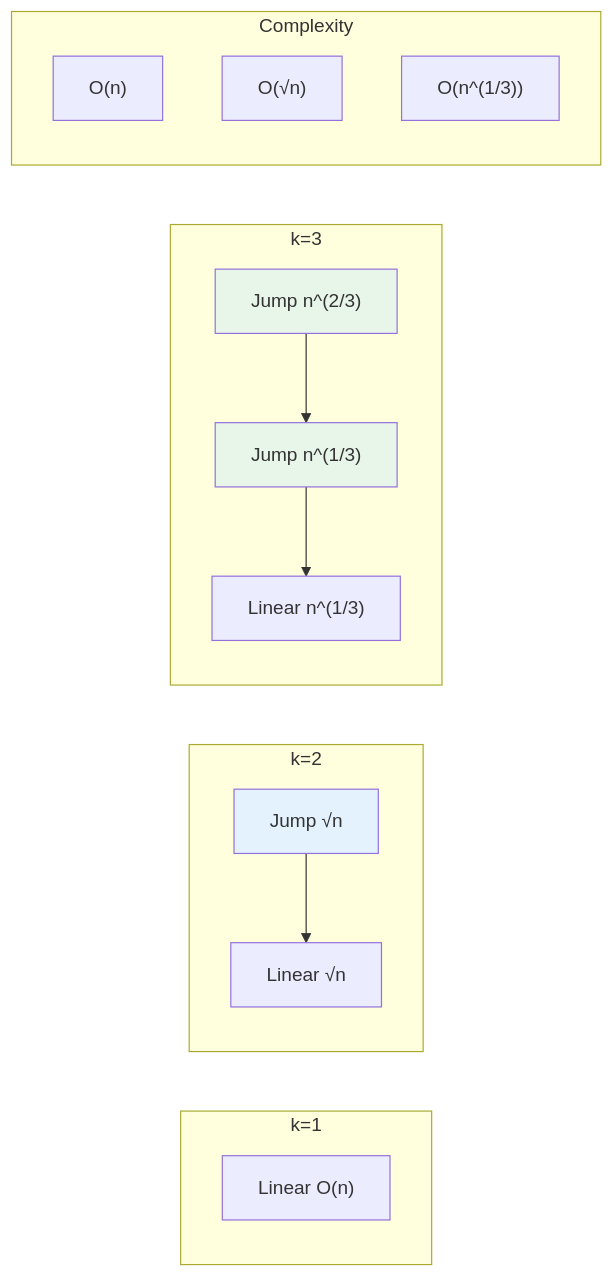
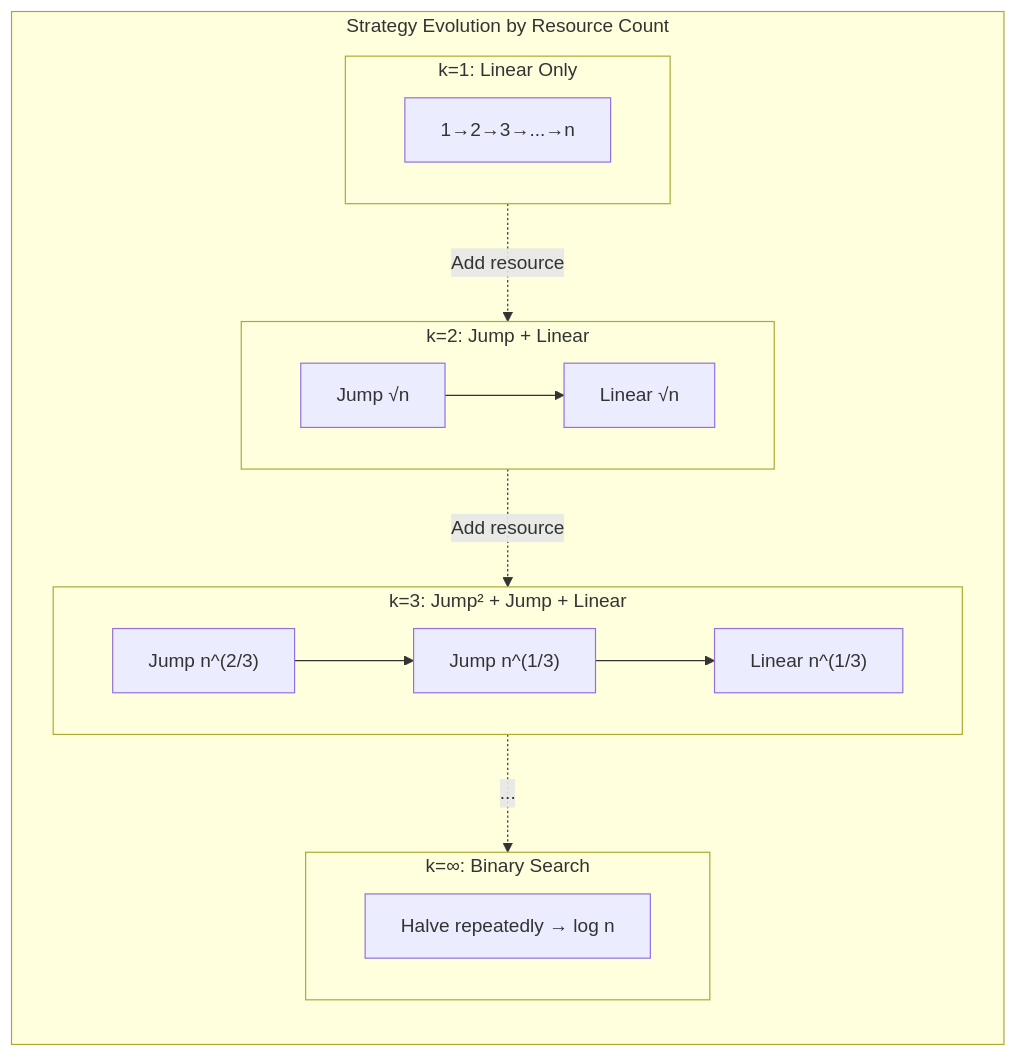
The diagram in v4/content/articles/programming-patterns/algorithms-foundations/k-crystal-balls-problem/README.md (sujeet-pro/legacy-personal-site), drawn with Mermaid before and after one commit. The commit also changed other lines of this file and 115 other files, not shown here.

````diff
--- a/v4/content/articles/programming-patterns/algorithms-foundations/k-crystal-balls-problem/README.md
+++ b/v4/content/articles/programming-patterns/algorithms-foundations/k-crystal-balls-problem/README.md
@@ -7,23 +7,26 @@
 ```mermaid
-flowchart LR
-    subgraph "k=1"
-        L1["Linear O(n)"]
+flowchart TB
+    subgraph "Strategy Evolution by Resource Count"
+        direction TB
+
+        subgraph K1["k=1: Linear Only"]
+            L1["1→2→3→...→n"]
+        end
+
+        subgraph K2["k=2: Jump + Linear"]
+            J2["Jump √n"] --> S2["Linear √n"]
+        end
+
+        subgraph K3["k=3: Jump² + Jump + Linear"]
+            J31["Jump n^(2/3)"] --> J32["Jump n^(1/3)"] --> S3["Linear n^(1/3)"]
+        end
+
+        subgraph KINF["k=∞: Binary Search"]
+            B["Halve repeatedly → log n"]
+        end
     end
 
-    subgraph "k=2"
-        J2["Jump √n"] --> L2["Linear √n"]
-        style J2 fill:#e3f2fd
-    end
-
-    subgraph "k=3"
-        J31["Jump n^(2/3)"] --> J32["Jump n^(1/3)"] --> L3["Linear n^(1/3)"]
-        style J31 fill:#e8f5e9
-        style J32 fill:#e8f5e9
-    end
-
-    subgraph "Complexity"
-        C1["O(n)"]
-        C2["O(√n)"]
-        C3["O(n^(1/3))"]
-    end
+    K1 -.->|"Add resource"| K2
+    K2 -.->|"Add resource"| K3
+    K3 -.->|"..."| KINF
 ```
````
